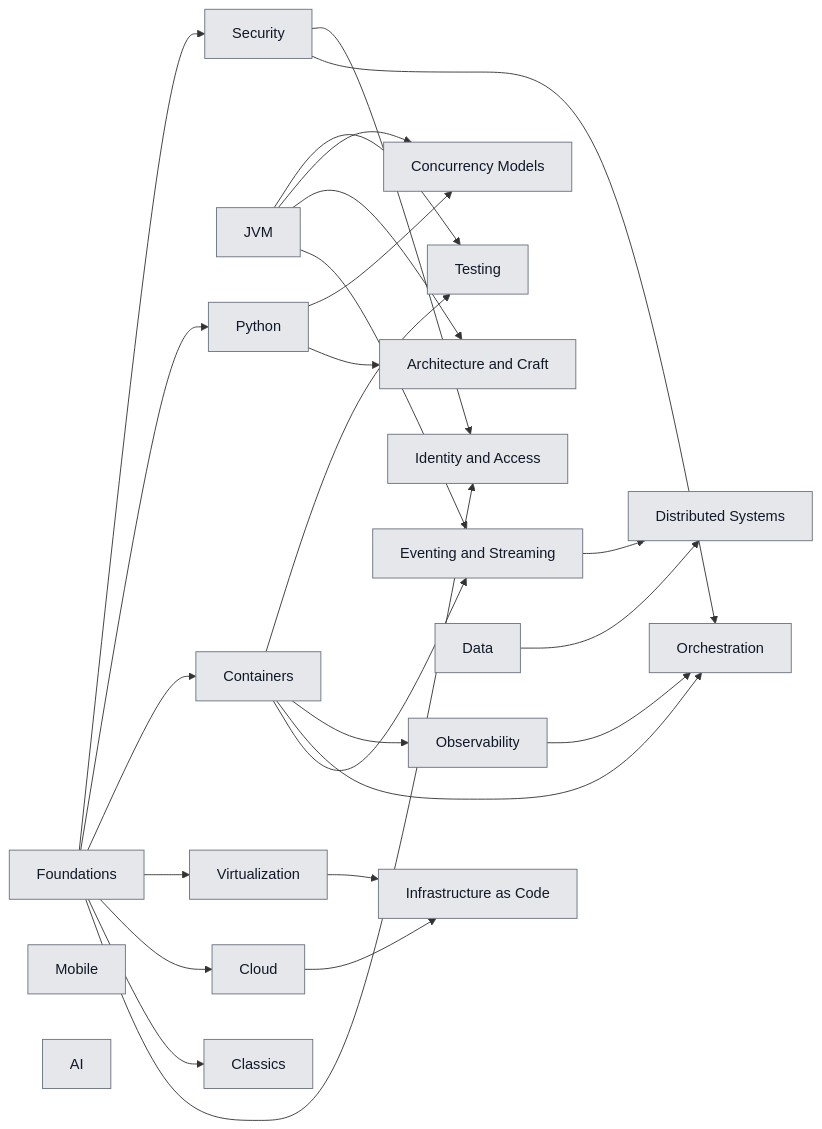
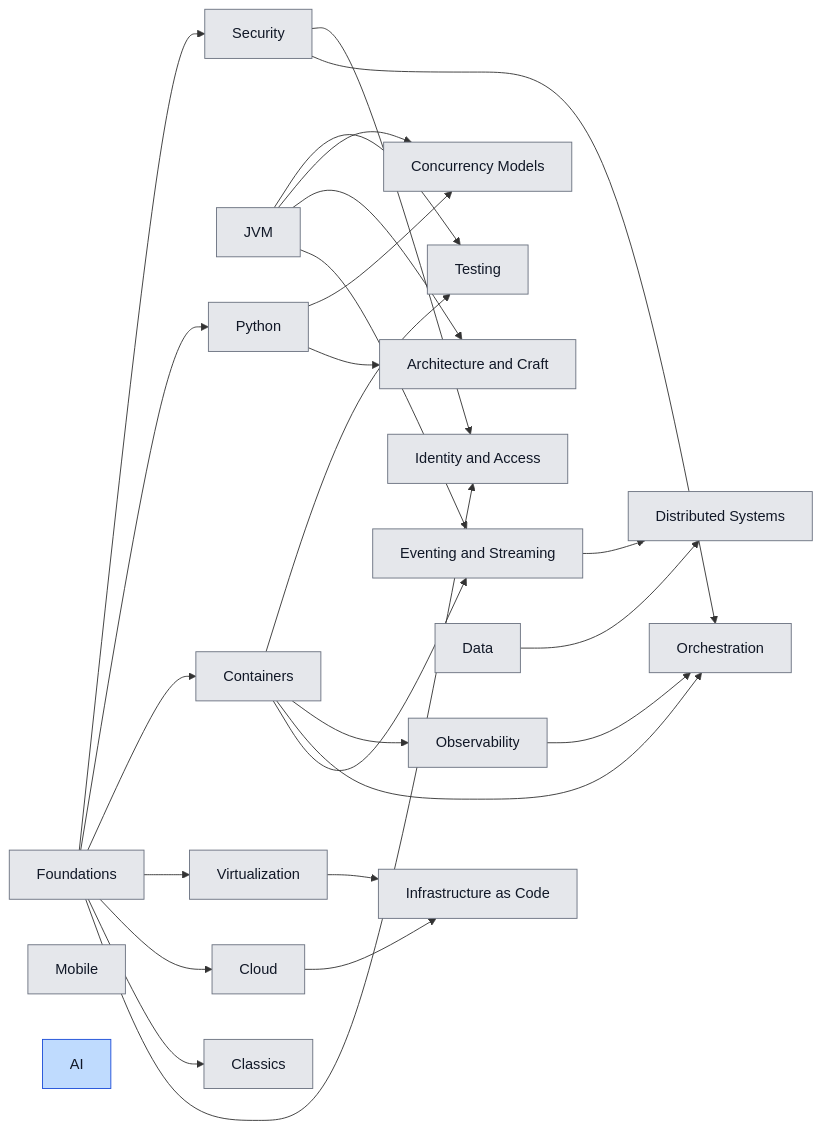
Before and after one commit to LasterBergamot/learning-lab: the first of 2 diagrams in README.md, drawn with Mermaid. The commit also changed 19 other files, not shown here.

````diff
--- a/README.md
+++ b/README.md
@@ -66,53 +66,54 @@
 ```mermaid
 flowchart LR
   foundations["Foundations"]
   security["Security"]
   identity["Identity and Access"]
   jvm["JVM"]
   testing["Testing"]
   python["Python"]
   concurrency["Concurrency Models"]
   mobile["Mobile"]
   containers["Containers"]
   virtualization["Virtualization"]
   orchestration["Orchestration"]
   observability["Observability"]
   iac["Infrastructure as Code"]
   cloud["Cloud"]
   eventing["Eventing and Streaming"]
   data["Data"]
   distributed["Distributed Systems"]
   architecture["Architecture and Craft"]
   ai["AI"]
   classics["Classics"]
   foundations --> security
   foundations --> python
   foundations --> containers
   foundations --> virtualization
   foundations --> cloud
   foundations --> classics
   foundations --> identity
   security --> identity
   security --> orchestration
   jvm --> testing
   containers --> testing
   jvm --> concurrency
   python --> concurrency
   jvm --> architecture
   python --> architecture
   containers --> observability
   containers --> orchestration
   observability --> orchestration
   containers --> eventing
   jvm --> eventing
   cloud --> iac
   virtualization --> iac
   eventing --> distributed
   data --> distributed
 
   classDef todo fill:#e5e7eb,color:#111827,stroke:#6b7280
   classDef learning fill:#fde68a,color:#111827,stroke:#b45309
   classDef building fill:#bfdbfe,color:#111827,stroke:#1d4ed8
   classDef done fill:#bbf7d0,color:#111827,stroke:#15803d
-  class foundations,security,identity,jvm,testing,python,concurrency,mobile,containers,virtualization,orchestration,observability,iac,cloud,eventing,data,distributed,architecture,ai,classics todo
+  class foundations,security,identity,jvm,testing,python,concurrency,mobile,containers,virtualization,orchestration,observability,iac,cloud,eventing,data,distributed,architecture,classics todo
+  class ai building
 ```
````
